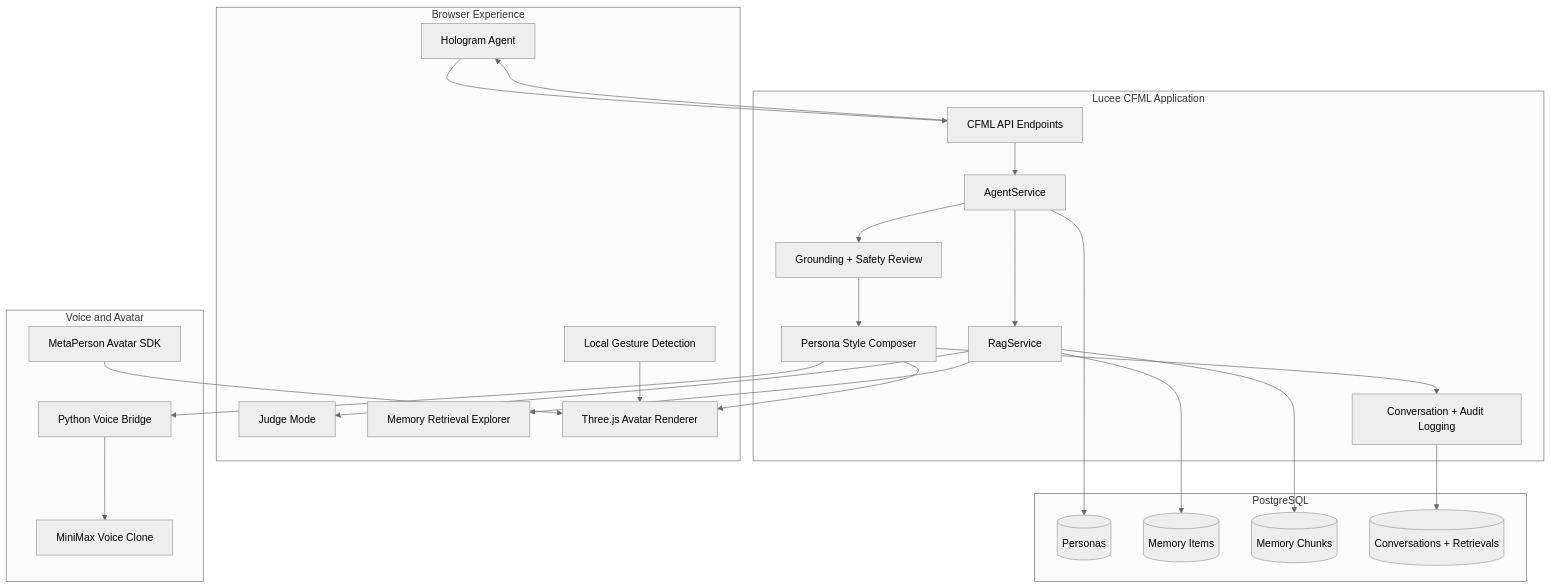
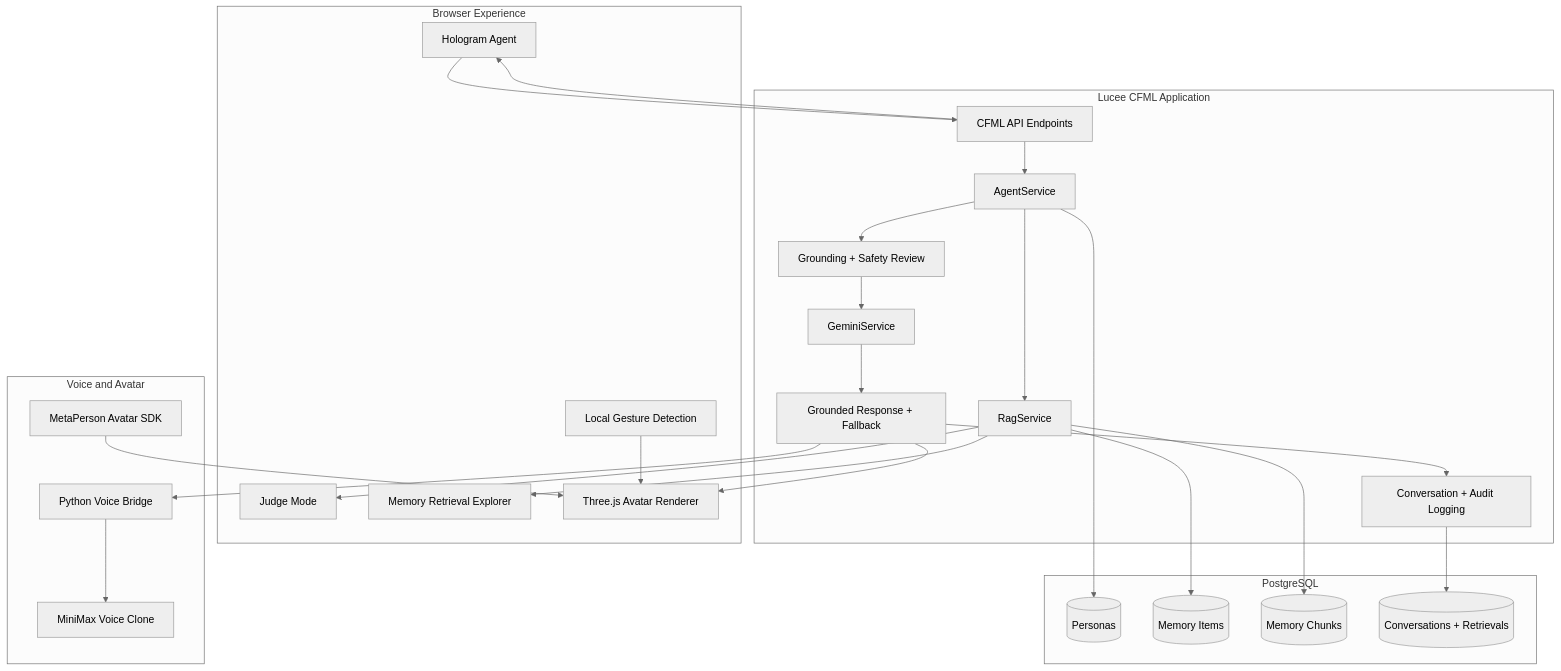
One commit to wayne-lou/FDE changed the first of 4 diagrams in Demo_HM/docs/ARCHITECTURE.md. Above: the diagram before and after it, drawn with Mermaid (neutral theme). The commit also changed other lines of this file and 8 other files, not shown here.

Commit message:
Integrate Gemini grounded response generation

````diff
--- a/Demo_HM/docs/ARCHITECTURE.md
+++ b/Demo_HM/docs/ARCHITECTURE.md
@@ -7,51 +7,53 @@
 ```mermaid
 flowchart TB
     subgraph Browser["Browser Experience"]
         HOME["Hologram Agent"]
         JUDGE["Judge Mode"]
         EXPLORER["Memory Retrieval Explorer"]
         GESTURE["Local Gesture Detection"]
         THREE["Three.js Avatar Renderer"]
     end
 
     subgraph Web["Lucee CFML Application"]
         API["CFML API Endpoints"]
         AGENT["AgentService"]
         RAG["RagService"]
         SAFETY["Grounding + Safety Review"]
-        PERSONA["Persona Style Composer"]
+        GEMINI["GeminiService"]
+        PERSONA["Grounded Response + Fallback"]
         AUDIT["Conversation + Audit Logging"]
     end
 
     subgraph Data["PostgreSQL"]
         PEOPLE[("Personas")]
         MEMORIES[("Memory Items")]
         CHUNKS[("Memory Chunks")]
         CONV[("Conversations + Retrievals")]
     end
 
     subgraph Media["Voice and Avatar"]
         BRIDGE["Python Voice Bridge"]
         MINIMAX["MiniMax Voice Clone"]
         META["MetaPerson Avatar SDK"]
     end
 
     HOME --> API
     GESTURE --> THREE
     API --> AGENT
     AGENT --> RAG
     RAG --> MEMORIES
     RAG --> CHUNKS
     AGENT --> PEOPLE
     AGENT --> SAFETY
-    SAFETY --> PERSONA
+    SAFETY --> GEMINI
+    GEMINI --> PERSONA
     PERSONA --> AUDIT
     AUDIT --> CONV
     PERSONA --> BRIDGE
     BRIDGE --> MINIMAX
     PERSONA --> THREE
     META --> THREE
     API --> HOME
     RAG --> JUDGE
     RAG --> EXPLORER
 ```
````
